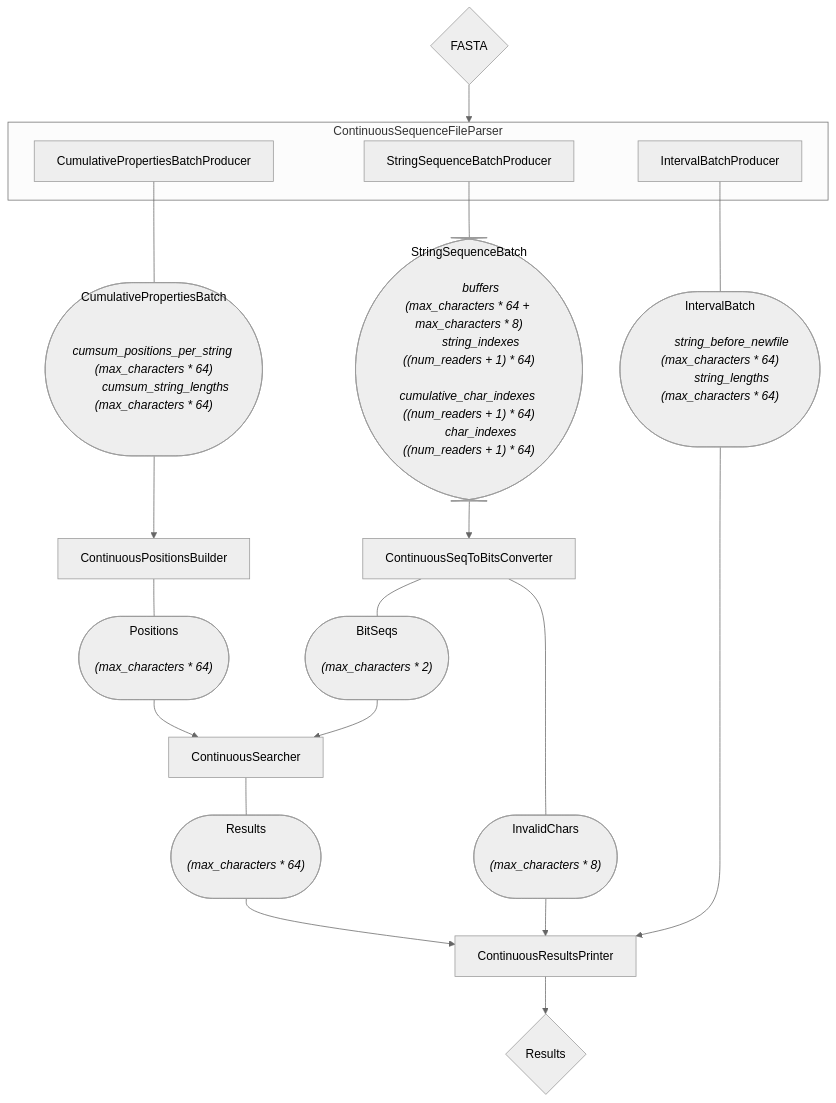
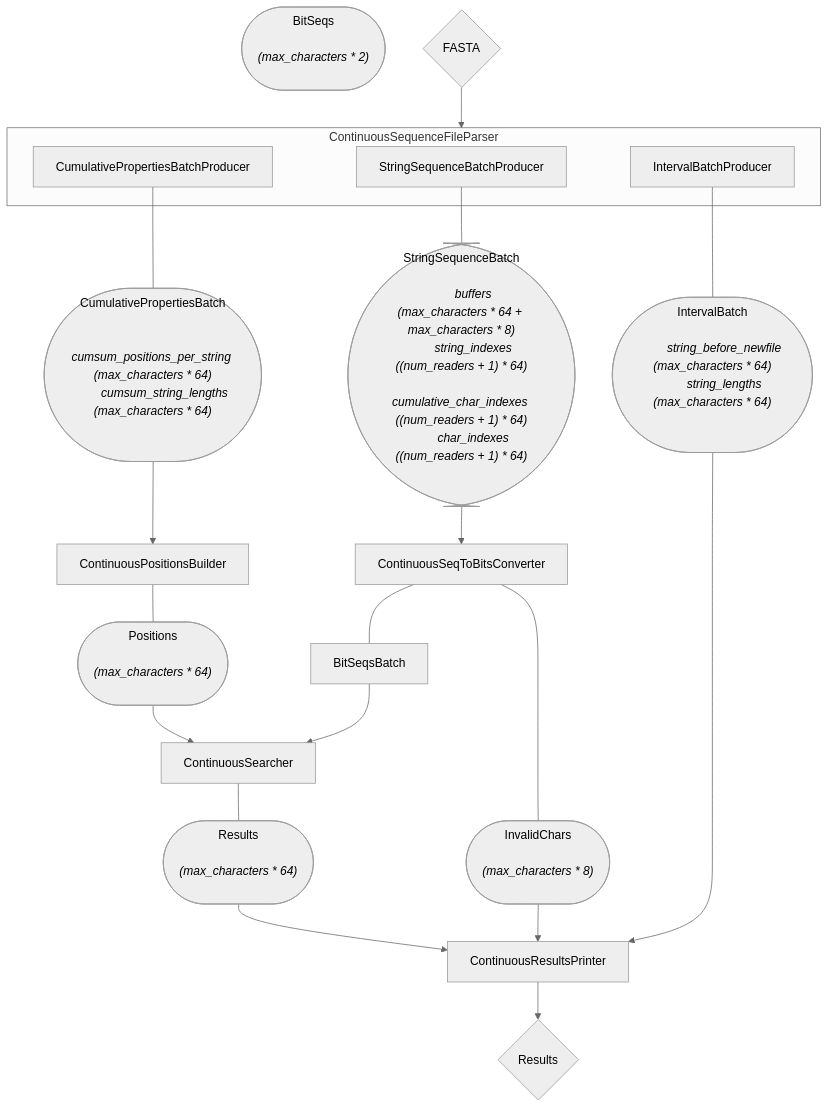
The diagram in documentation/Documents/ProjectDocumentation/graphs/SearchComponentsPipeline.mmd (CowKeyMan/SBWT-Search), drawn with Mermaid (neutral theme) before and after one commit. The commit also changed 13 other files, not shown here.

```diff
--- a/documentation/Documents/ProjectDocumentation/graphs/SearchComponentsPipeline.mmd
+++ b/documentation/Documents/ProjectDocumentation/graphs/SearchComponentsPipeline.mmd
@@ -1,79 +1,79 @@
 flowchart TD
     StringSequenceBatch(["
         StringSequenceBatch
         <i>
         buffers (max_characters * 64 + max_characters * 8)
         string_indexes ((num_readers + 1) * 64)
         cumulative_char_indexes ((num_readers + 1) * 64)
         char_indexes ((num_readers + 1) * 64)
 
         </i>
     "])
     CumulativePropertiesBatch(["
         CumulativePropertiesBatch
         <i>
         cumsum_positions_per_string (max_characters * 64)
         cumsum_string_lengths (max_characters * 64)
 
         </i>
     "])
     IntervalBatch(["
         IntervalBatch
         <i>
         string_before_newfile (max_characters * 64)
         string_lengths (max_characters * 64)
 
         </i>
     "])
-    Positions(["
+    PositionsBatch(["
         Positions
         <i>
         (max_characters * 64)
 
         </i>
     "])
-    BitSeqs(["
+    BitSeqBatch(["
         BitSeqs
         <i>
         (max_characters * 2)
 
         </i>
     "])
     Results(["
         Results
         <i>
         (max_characters * 64)
 
         </i>
     "])
-    InvalidChars(["
+    InvalidCharsBatch(["
         InvalidChars
         <i>
         (max_characters * 8)
 
         </i>
     "])
 
     FASTA{FASTA}-->ContinuousSequenceFileParser
     subgraph ContinuousSequenceFileParser
         StringSequenceBatchProducer
         CumulativePropertiesBatchProducer
         IntervalBatchProducer
     end
     StringSequenceBatchProducer --- StringSequenceBatch
     CumulativePropertiesBatchProducer --- CumulativePropertiesBatch
     IntervalBatchProducer --- IntervalBatch
-    ContinuousPositionsBuilder --- Positions
-    ContinuousSeqToBitsConverter --- BitSeqs
-    ContinuousSeqToBitsConverter --- InvalidChars
+    ContinuousPositionsBuilder --- PositionsBatch
+    ContinuousSeqToBitsConverter --- BitSeqsBatch
+    ContinuousSeqToBitsConverter --- InvalidCharsBatch
     ContinuousSearcher --- Results
 
     StringSequenceBatch-->ContinuousSeqToBitsConverter
     CumulativePropertiesBatch-->ContinuousPositionsBuilder
-    Positions --> ContinuousSearcher
-    BitSeqs --> ContinuousSearcher
+    PositionsBatch --> ContinuousSearcher
+    BitSeqsBatch --> ContinuousSearcher
     Results --> ContinuousResultsPrinter
-    InvalidChars --> ContinuousResultsPrinter
+    InvalidCharsBatch --> ContinuousResultsPrinter
     IntervalBatch --> ContinuousResultsPrinter
 
     ContinuousResultsPrinter--> ResultFiles{Results}
```
